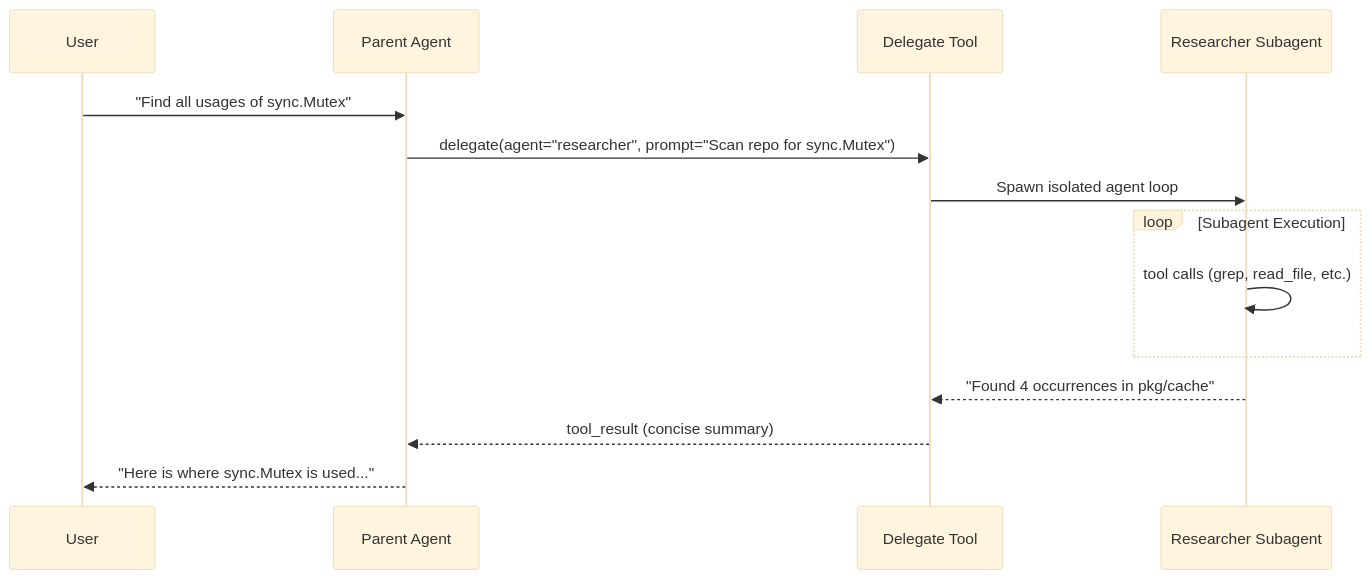
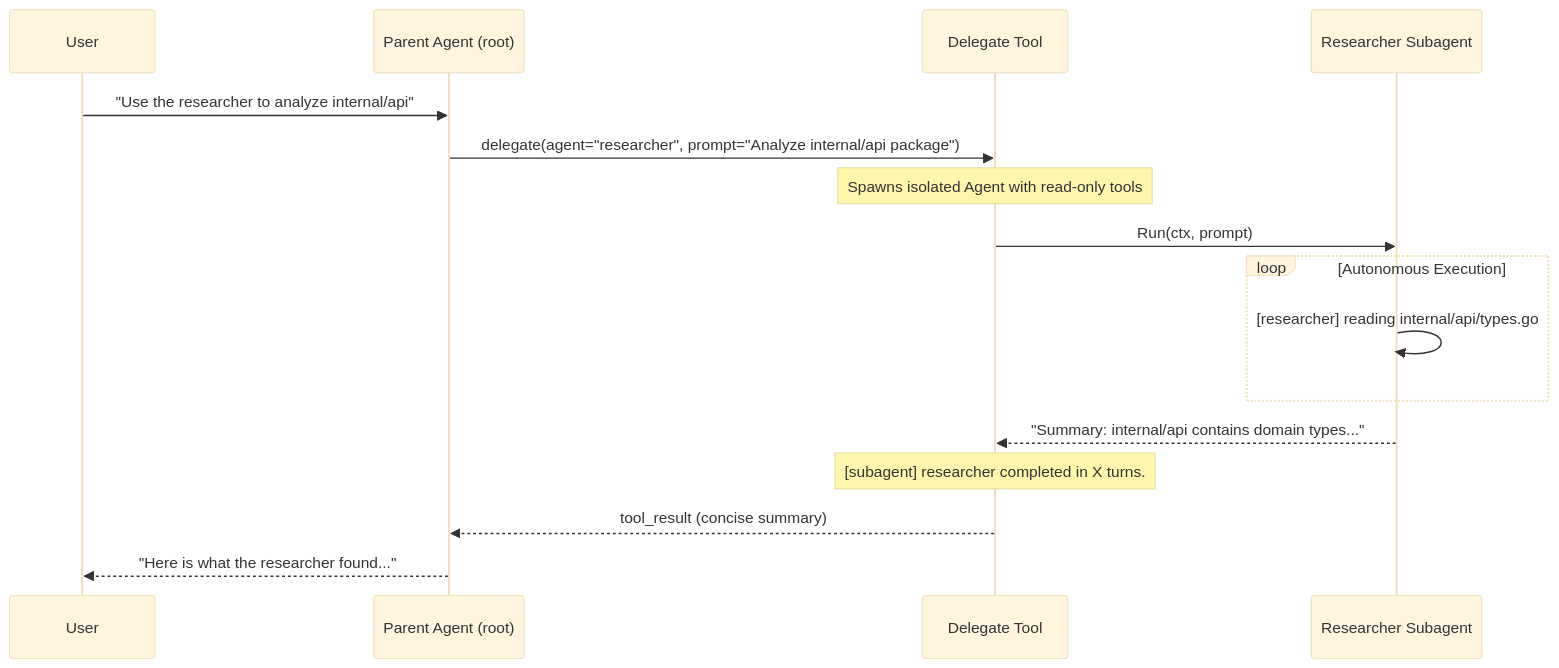
The diagram in docs/steps/11-subagents-delegation.md (AntonioHellin/phi-code-agent), drawn with Mermaid (base theme) before and after one commit. The commit also changed other lines of this file and 5 other files, not shown here.

Commit message:
step/11-subagents-delegation: feat: implement subagents and task delegation with isolated researcher

````diff
--- a/docs/steps/11-subagents-delegation.md
+++ b/docs/steps/11-subagents-delegation.md
@@ -12,17 +12,19 @@
 ```mermaid
 sequenceDiagram
     participant User
-    participant Parent as Parent Agent
+    participant Parent as Parent Agent (root)
     participant Delegate as Delegate Tool
     participant Child as Researcher Subagent
 
-    User->>Parent: "Find all usages of sync.Mutex"
-    Parent->>Delegate: delegate(agent="researcher", prompt="Scan repo for sync.Mutex")
-    Delegate->>Child: Spawn isolated agent loop
-    loop Subagent Execution
-        Child->>Child: tool calls (grep, read_file, etc.)
+    User->>Parent: "Use the researcher to analyze internal/api"
+    Parent->>Delegate: delegate(agent="researcher", prompt="Analyze internal/api package")
+    Note over Delegate: Spawns isolated Agent with read-only tools
+    Delegate->>Child: Run(ctx, prompt)
+    loop Autonomous Execution
+        Child->>Child: [researcher] reading internal/api/types.go
     end
-    Child-->>Delegate: "Found 4 occurrences in pkg/cache"
+    Child-->>Delegate: "Summary: internal/api contains domain types..."
+    Note over Delegate: [subagent] researcher completed in X turns.
     Delegate-->>Parent: tool_result (concise summary)
-    Parent-->>User: "Here is where sync.Mutex is used..."
+    Parent-->>User: "Here is what the researcher found..."
 ```
````
